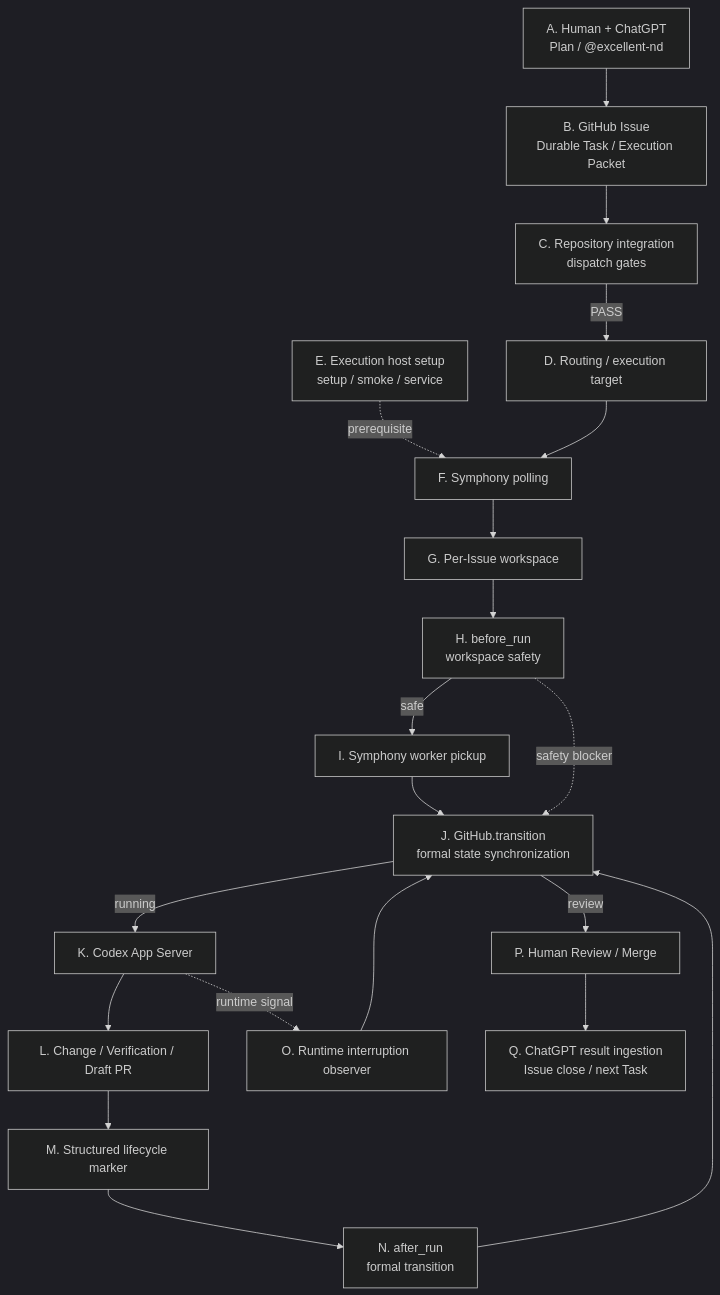
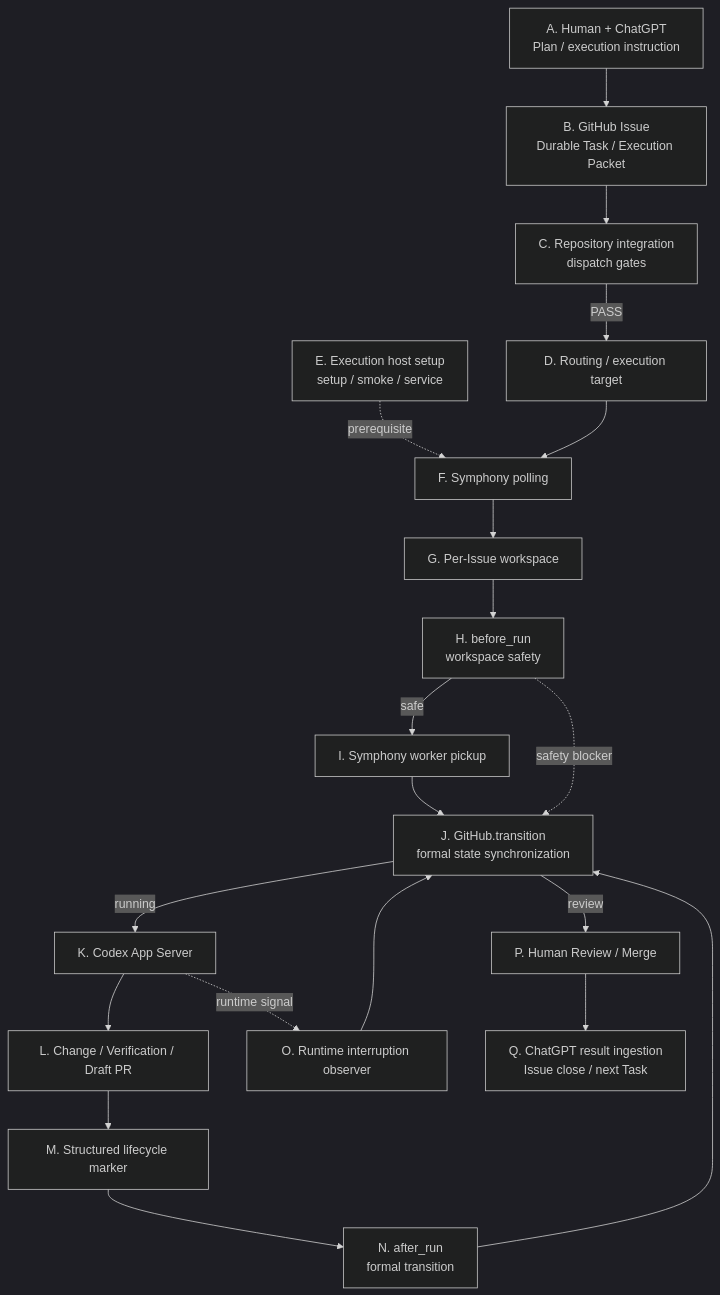
One commit to excellent-tech/Excellent-Nd changed the first of 3 diagrams in docs/runtime-architecture.zh-CN.md. Above: the diagram before and after it, drawn with Mermaid (dark theme). The commit also changed other lines of this file, not shown here.

Commit message:
docs: sync plan continuation runtime guide in Chinese

````diff
--- a/docs/runtime-architecture.zh-CN.md
+++ b/docs/runtime-architecture.zh-CN.md
@@ -42,39 +42,39 @@
 ```mermaid
 flowchart TD
-    A["A. Human + ChatGPT<br/>Plan / @excellent-nd"] --> B["B. GitHub Issue<br/>Durable Task / Execution Packet"]
+    A["A. Human + ChatGPT<br/>Plan / execution instruction"] --> B["B. GitHub Issue<br/>Durable Task / Execution Packet"]
     B --> C["C. Repository integration<br/>dispatch gates"]
     C -->|PASS| D["D. Routing / execution target"]
     E["E. Execution host setup<br/>setup / smoke / service"] -. prerequisite .-> F["F. Symphony polling"]
     D --> F
     F --> G["G. Per-Issue workspace"]
     G --> H["H. before_run<br/>workspace safety"]
     H -->|safe| I["I. Symphony worker pickup"]
     I --> J["J. GitHub.transition<br/>formal state synchronization"]
     J -->|running| K["K. Codex App Server"]
     K --> L["L. Change / Verification / Draft PR"]
     L --> M["M. Structured lifecycle marker"]
     M --> N["N. after_run<br/>formal transition"]
     N --> J
     K -. runtime signal .-> O["O. Runtime interruption observer"]
     O --> J
     H -. safety blocker .-> J
     J -->|review| P["P. Human Review / Merge"]
     P --> Q["Q. ChatGPT result ingestion<br/>Issue close / next Task"]
     click A href "https://github.com/excellent-tech/Excellent-Nd/blob/docs/beginner-runtime-guide/docs/runtime-architecture.zh-CN.md#node-a" "Node A details" _top
     click B href "https://github.com/excellent-tech/Excellent-Nd/blob/docs/beginner-runtime-guide/docs/runtime-architecture.zh-CN.md#node-b" "Node B details" _top
     click C href "https://github.com/excellent-tech/Excellent-Nd/blob/docs/beginner-runtime-guide/docs/runtime-architecture.zh-CN.md#node-c" "Node C details" _top
     click D href "https://github.com/excellent-tech/Excellent-Nd/blob/docs/beginner-runtime-guide/docs/runtime-architecture.zh-CN.md#node-d" "Node D details" _top
     click E href "https://github.com/excellent-tech/Excellent-Nd/blob/docs/beginner-runtime-guide/docs/runtime-architecture.zh-CN.md#node-e" "Node E details" _top
     click F href "https://github.com/excellent-tech/Excellent-Nd/blob/docs/beginner-runtime-guide/docs/runtime-architecture.zh-CN.md#node-f" "Node F details" _top
     click G href "https://github.com/excellent-tech/Excellent-Nd/blob/docs/beginner-runtime-guide/docs/runtime-architecture.zh-CN.md#node-g" "Node G details" _top
     click H href "https://github.com/excellent-tech/Excellent-Nd/blob/docs/beginner-runtime-guide/docs/runtime-architecture.zh-CN.md#node-h" "Node H details" _top
     click I href "https://github.com/excellent-tech/Excellent-Nd/blob/docs/beginner-runtime-guide/docs/runtime-architecture.zh-CN.md#node-i" "Node I details" _top
     click J href "https://github.com/excellent-tech/Excellent-Nd/blob/docs/beginner-runtime-guide/docs/runtime-architecture.zh-CN.md#node-j" "Node J details" _top
     click K href "https://github.com/excellent-tech/Excellent-Nd/blob/docs/beginner-runtime-guide/docs/runtime-architecture.zh-CN.md#node-k" "Node K details" _top
     click L href "https://github.com/excellent-tech/Excellent-Nd/blob/docs/beginner-runtime-guide/docs/runtime-architecture.zh-CN.md#node-l" "Node L details" _top
     click M href "https://github.com/excellent-tech/Excellent-Nd/blob/docs/beginner-runtime-guide/docs/runtime-architecture.zh-CN.md#node-m" "Node M details" _top
     click N href "https://github.com/excellent-tech/Excellent-Nd/blob/docs/beginner-runtime-guide/docs/runtime-architecture.zh-CN.md#node-n" "Node N details" _top
     click O href "https://github.com/excellent-tech/Excellent-Nd/blob/docs/beginner-runtime-guide/docs/runtime-architecture.zh-CN.md#node-o" "Node O details" _top
     click P href "https://github.com/excellent-tech/Excellent-Nd/blob/docs/beginner-runtime-guide/docs/runtime-architecture.zh-CN.md#node-p" "Node P details" _top
     click Q href "https://github.com/excellent-tech/Excellent-Nd/blob/docs/beginner-runtime-guide/docs/runtime-architecture.zh-CN.md#node-q" "Node Q details" _top
 ```
````
